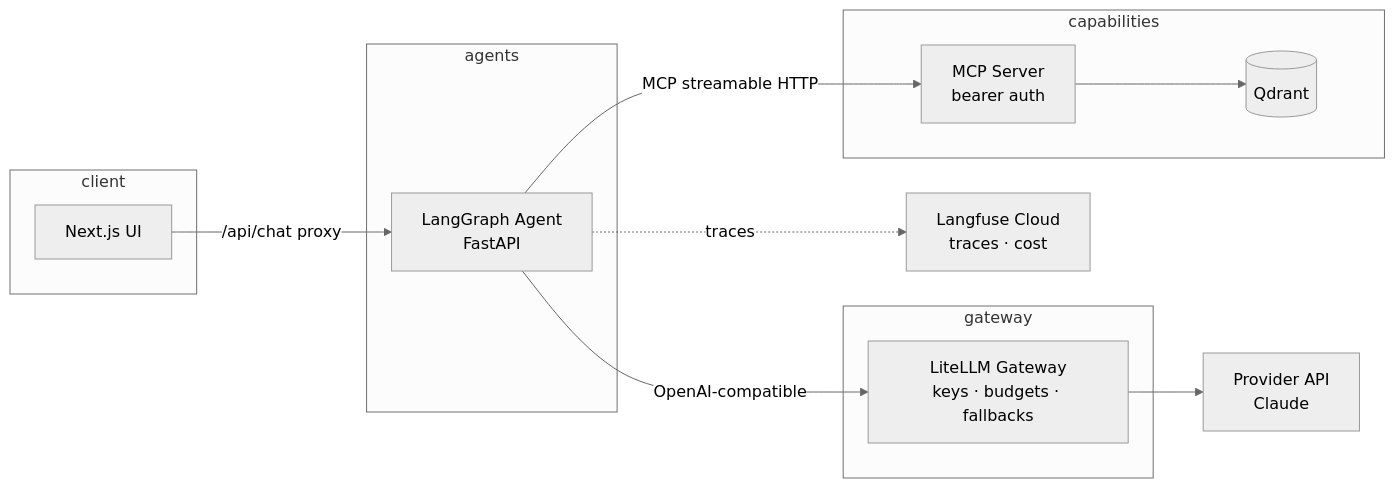
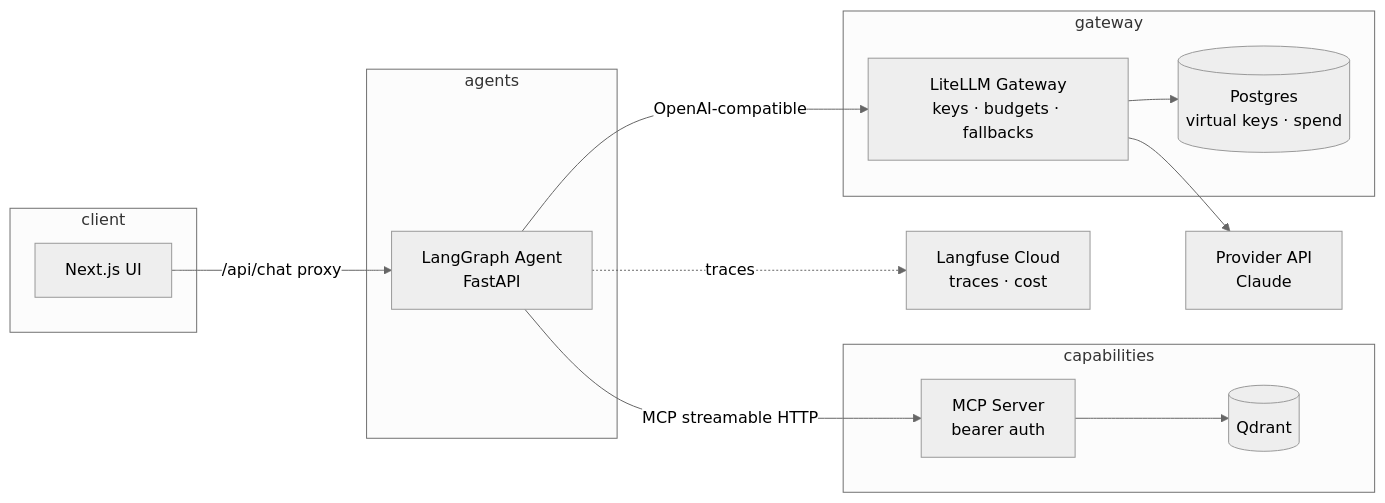
The diagram in README.md (babebp/llm-agent-production-architecture), drawn with Mermaid (neutral theme) before and after one commit. The commit also changed other lines of this file, not shown here.

Commit message:
README: three credential tiers, Postgres in diagram and stack table

````diff
--- a/README.md
+++ b/README.md
@@ -29,25 +29,27 @@
 ```mermaid
 flowchart LR
     subgraph client
         W[Next.js UI]
     end
     subgraph agents
         A[LangGraph Agent<br/>FastAPI]
     end
     subgraph capabilities
         M[MCP Server<br/>bearer auth]
         Q[(Qdrant)]
     end
     subgraph gateway
         L[LiteLLM Gateway<br/>keys · budgets · fallbacks]
+        G[(Postgres<br/>virtual keys · spend)]
     end
     P[Provider API<br/>Claude]
     O[Langfuse Cloud<br/>traces · cost]
 
     W -->|/api/chat proxy| A
     A -->|MCP streamable HTTP| M
     M --> Q
     A -->|OpenAI-compatible| L
+    L --> G
     L --> P
     A -.->|traces| O
 ```
````
